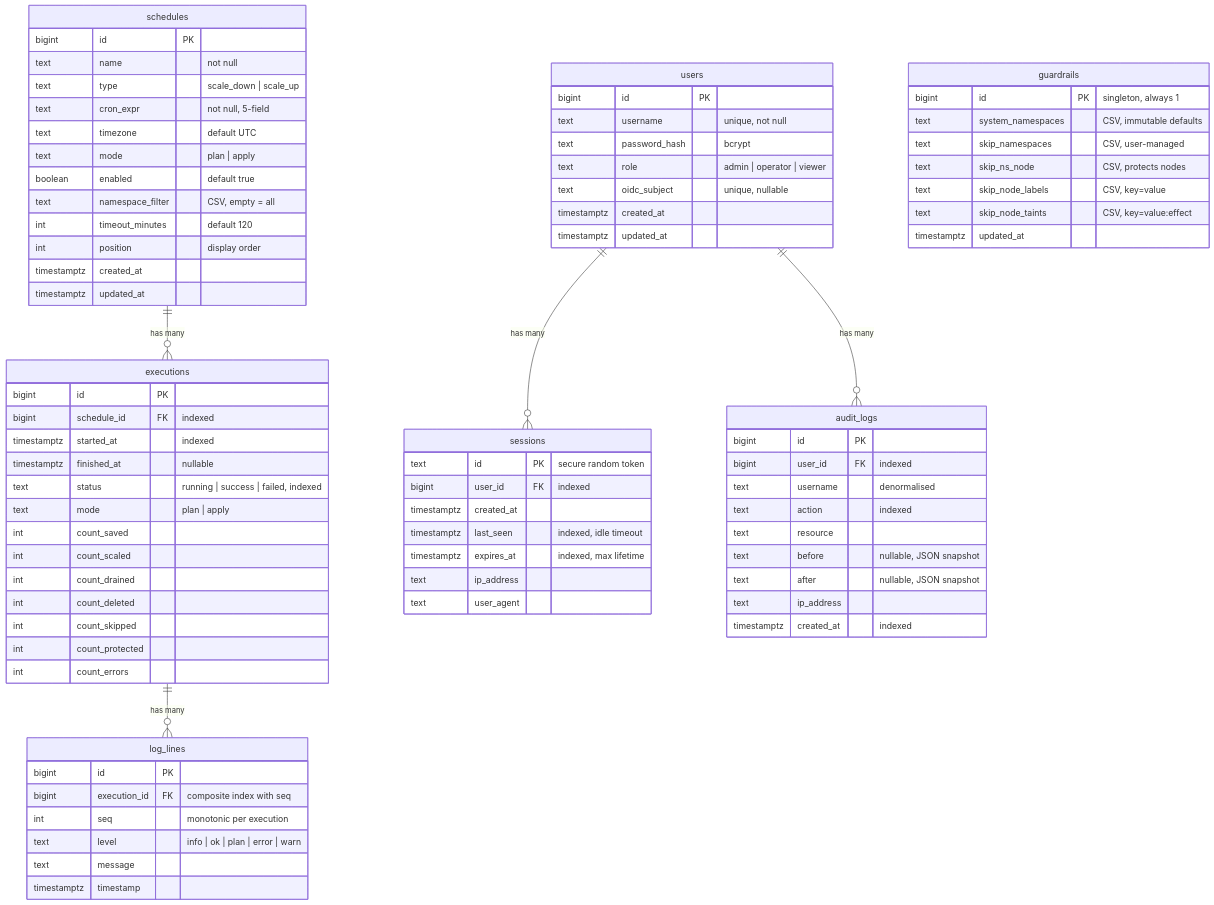
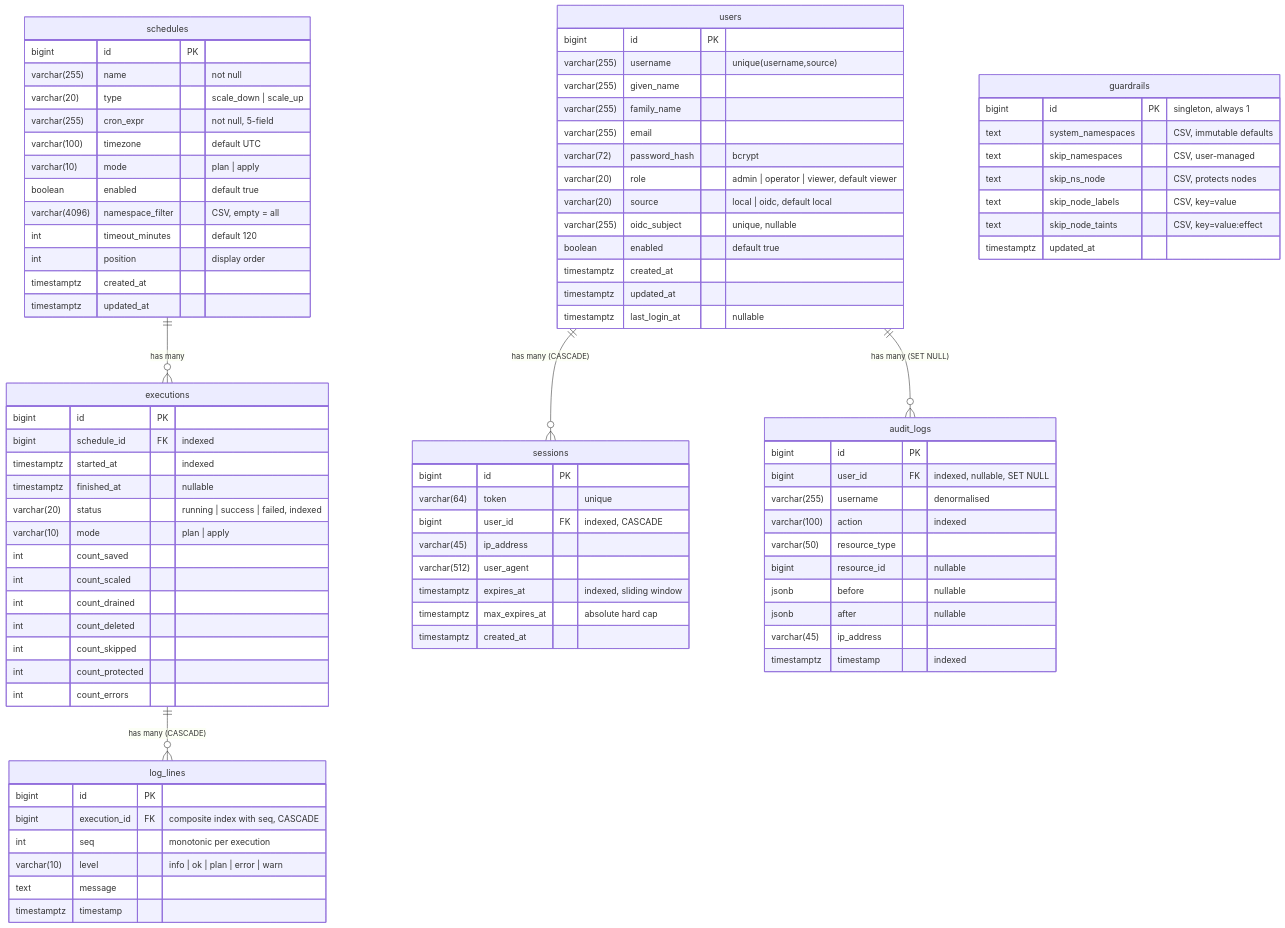
Before and after one commit to MacXsimilian/kube-phoenix: the third of 9 diagrams in ARCHITECTURE.md, drawn with Mermaid. The commit also changed other lines of this file and 5 other files, not shown here.

````diff
--- a/ARCHITECTURE.md
+++ b/ARCHITECTURE.md
@@ -1719,19 +1745,19 @@
 ```mermaid
 erDiagram
     schedules ||--o{ executions : "has many"
-    executions ||--o{ log_lines : "has many"
-    users ||--o{ sessions : "has many"
-    users ||--o{ audit_logs : "has many"
+    executions ||--o{ log_lines : "has many (CASCADE)"
+    users ||--o{ sessions : "has many (CASCADE)"
+    users ||--o{ audit_logs : "has many (SET NULL)"
 
     schedules {
         bigint id PK
-        text name "not null"
-        text type "scale_down | scale_up"
-        text cron_expr "not null, 5-field"
-        text timezone "default UTC"
-        text mode "plan | apply"
+        varchar(255) name "not null"
+        varchar(20) type "scale_down | scale_up"
+        varchar(255) cron_expr "not null, 5-field"
+        varchar(100) timezone "default UTC"
+        varchar(10) mode "plan | apply"
         boolean enabled "default true"
-        text namespace_filter "CSV, empty = all"
+        varchar(4096) namespace_filter "CSV, empty = all"
         int timeout_minutes "default 120"
         int position "display order"
         timestamptz created_at
@@ -1743,8 +1769,8 @@
         bigint schedule_id FK "indexed"
         timestamptz started_at "indexed"
         timestamptz finished_at "nullable"
-        text status "running | success | failed, indexed"
-        text mode "plan | apply"
+        varchar(20) status "running | success | failed, indexed"
+        varchar(10) mode "plan | apply"
         int count_saved
         int count_scaled
         int count_drained
@@ -1756,9 +1782,9 @@
 
     log_lines {
         bigint id PK
-        bigint execution_id FK "composite index with seq"
+        bigint execution_id FK "composite index with seq, CASCADE"
         int seq "monotonic per execution"
-        text level "info | ok | plan | error | warn"
+        varchar(10) level "info | ok | plan | error | warn"
         text message
         timestamptz timestamp
     }
@@ -1775,33 +1801,41 @@
 
     users {
         bigint id PK
-        text username "unique, not null"
-        text password_hash "bcrypt"
-        text role "admin | operator | viewer"
-        text oidc_subject "unique, nullable"
+        varchar(255) username "unique(username,source)"
+        varchar(255) given_name
+        varchar(255) family_name
+        varchar(255) email
+        varchar(72) password_hash "bcrypt"
+        varchar(20) role "admin | operator | viewer, default viewer"
+        varchar(20) source "local | oidc, default local"
+        varchar(255) oidc_subject "unique, nullable"
+        boolean enabled "default true"
         timestamptz created_at
         timestamptz updated_at
+        timestamptz last_login_at "nullable"
     }
 
     sessions {
-        text id PK "secure random token"
-        bigint user_id FK "indexed"
+        bigint id PK
+        varchar(64) token "unique"
+        bigint user_id FK "indexed, CASCADE"
+        varchar(45) ip_address
+        varchar(512) user_agent
+        timestamptz expires_at "indexed, sliding window"
+        timestamptz max_expires_at "absolute hard cap"
         timestamptz created_at
-        timestamptz last_seen "indexed, idle timeout"
-        timestamptz expires_at "indexed, max lifetime"
-        text ip_address
-        text user_agent
     }
 
     audit_logs {
         bigint id PK
-        bigint user_id FK "indexed"
-        text username "denormalised"
-        text action "indexed"
-        text resource
-        text before "nullable, JSON snapshot"
-        text after "nullable, JSON snapshot"
-        text ip_address
-        timestamptz created_at "indexed"
+        bigint user_id FK "indexed, nullable, SET NULL"
+        varchar(255) username "denormalised"
+        varchar(100) action "indexed"
+        varchar(50) resource_type
+        bigint resource_id "nullable"
+        jsonb before "nullable"
+        jsonb after "nullable"
+        varchar(45) ip_address
+        timestamptz timestamp "indexed"
     }
 ```
````
